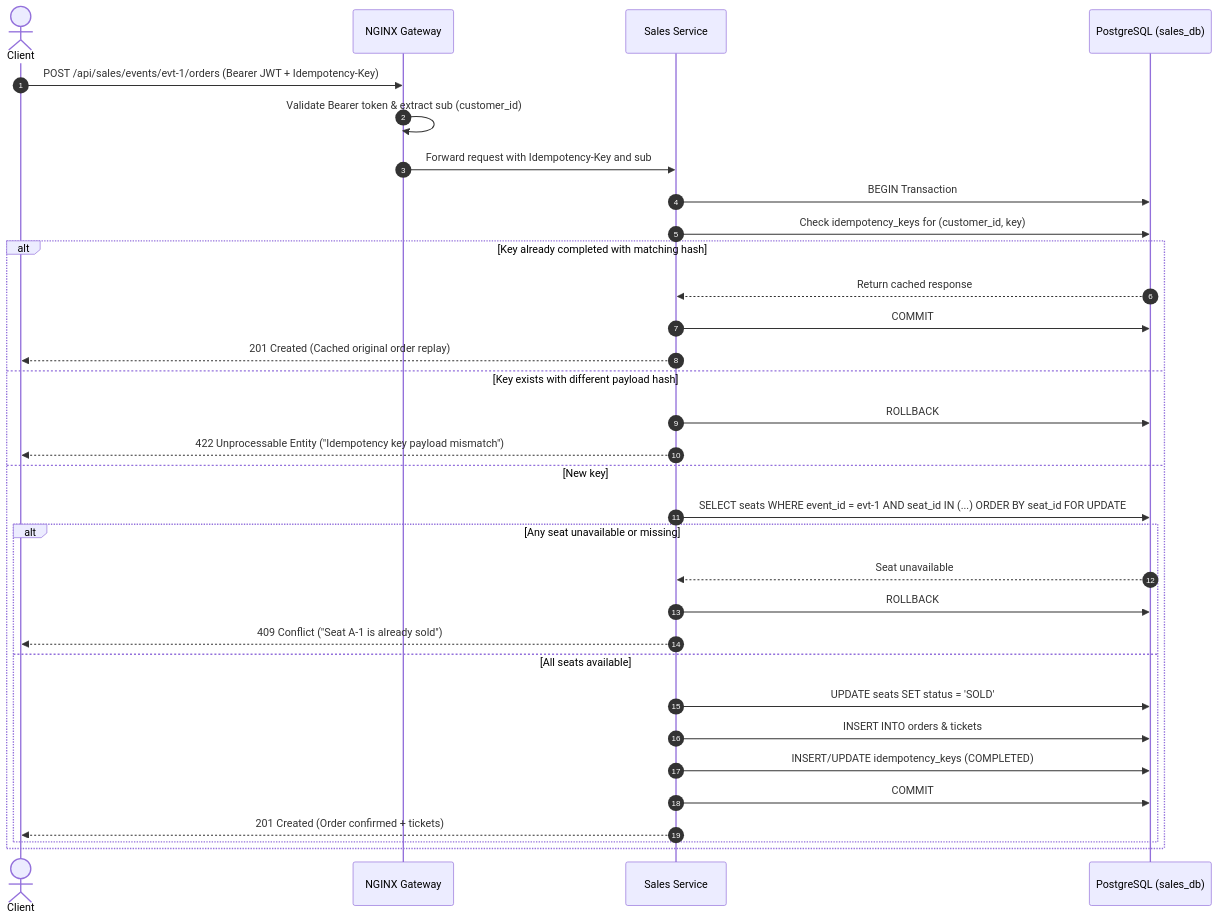
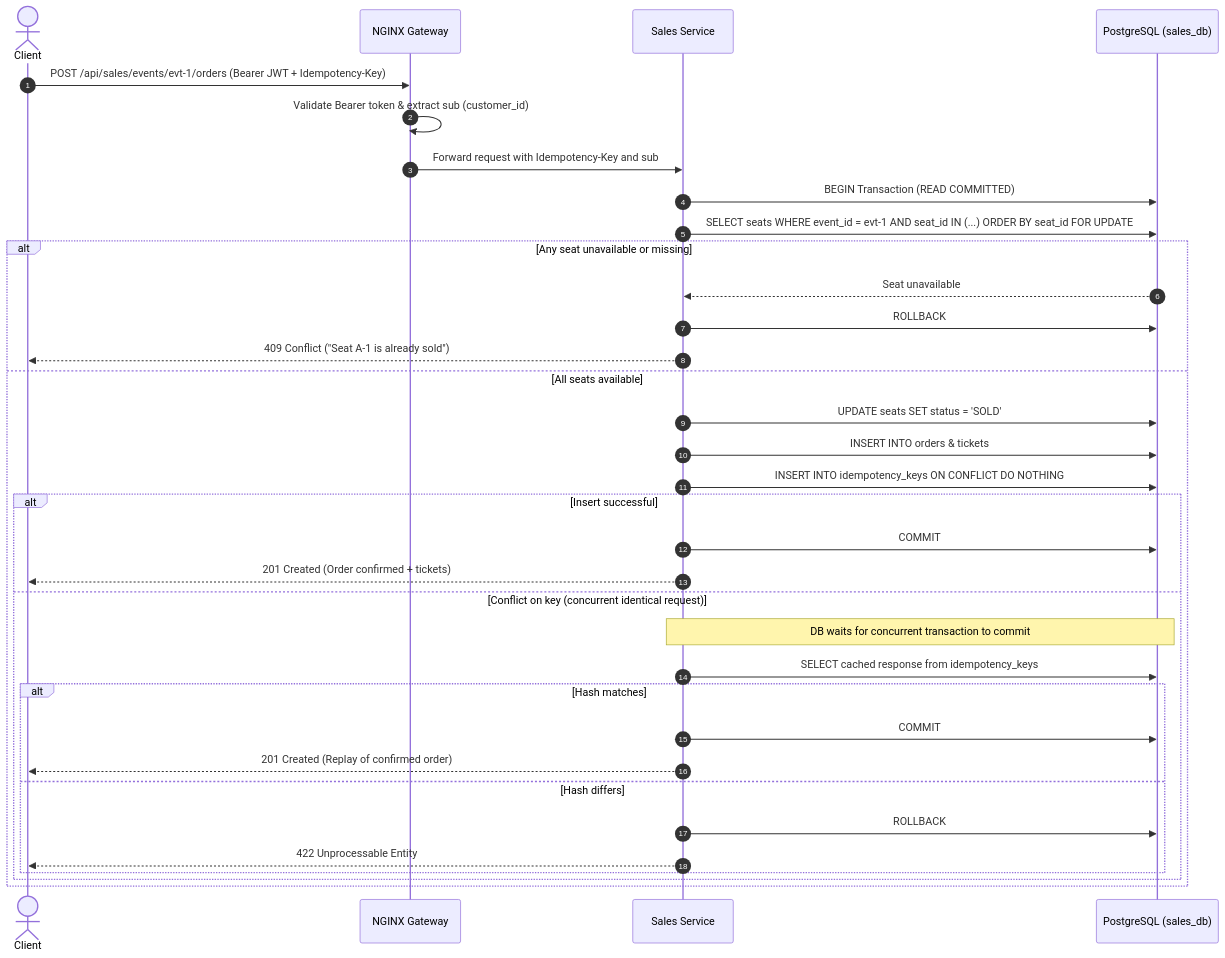
The diagram in openspec/changes/e1-idempotent-purchase/design.md (ticketera-topicos2-2026/ticketera), drawn with Mermaid before and after one commit. The commit also changed other lines of this file and 7 other files, not shown here.

First line of the commit message:
docs(sales): complete all review items A to H on e1-idempotent-purchase plan

````diff
--- a/openspec/changes/e1-idempotent-purchase/design.md
+++ b/openspec/changes/e1-idempotent-purchase/design.md
@@ -235,35 +184,37 @@
 ```mermaid
 sequenceDiagram
     autonumber
     actor Client
     participant Gateway as NGINX Gateway
     participant Sales as Sales Service
     participant DB as PostgreSQL (sales_db)
 
     Client->>Gateway: POST /api/sales/events/evt-1/orders (Bearer JWT + Idempotency-Key)
     Gateway->>Gateway: Validate Bearer token & extract sub (customer_id)
     Gateway->>Sales: Forward request with Idempotency-Key and sub
-    Sales->>DB: BEGIN Transaction
-    Sales->>DB: Check idempotency_keys for (customer_id, key)
-    alt Key already completed with matching hash
-        DB-->>Sales: Return cached response
-        Sales->>DB: COMMIT
-        Sales-->>Client: 201 Created (Cached original order replay)
-    else Key exists with different payload hash
+    Sales->>DB: BEGIN Transaction (READ COMMITTED)
+    Sales->>DB: SELECT seats WHERE event_id = evt-1 AND seat_id IN (...) ORDER BY seat_id FOR UPDATE
+    alt Any seat unavailable or missing
+        DB-->>Sales: Seat unavailable
         Sales->>DB: ROLLBACK
-        Sales-->>Client: 422 Unprocessable Entity ("Idempotency key payload mismatch")
-    else New key
-        Sales->>DB: SELECT seats WHERE event_id = evt-1 AND seat_id IN (...) ORDER BY seat_id FOR UPDATE
-        alt Any seat unavailable or missing
-            DB-->>Sales: Seat unavailable
-            Sales->>DB: ROLLBACK
-            Sales-->>Client: 409 Conflict ("Seat A-1 is already sold")
-        else All seats available
-            Sales->>DB: UPDATE seats SET status = 'SOLD'
-            Sales->>DB: INSERT INTO orders & tickets
-            Sales->>DB: INSERT/UPDATE idempotency_keys (COMPLETED)
+        Sales-->>Client: 409 Conflict ("Seat A-1 is already sold")
+    else All seats available
+        Sales->>DB: UPDATE seats SET status = 'SOLD'
+        Sales->>DB: INSERT INTO orders & tickets
+        Sales->>DB: INSERT INTO idempotency_keys ON CONFLICT DO NOTHING
+        alt Insert successful
             Sales->>DB: COMMIT
             Sales-->>Client: 201 Created (Order confirmed + tickets)
+        else Conflict on key (concurrent identical request)
+            Note over Sales,DB: DB waits for concurrent transaction to commit
+            Sales->>DB: SELECT cached response from idempotency_keys
+            alt Hash matches
+                Sales->>DB: COMMIT
+                Sales-->>Client: 201 Created (Replay of confirmed order)
+            else Hash differs
+                Sales->>DB: ROLLBACK
+                Sales-->>Client: 422 Unprocessable Entity
+            end
         end
     end
 ```
````
